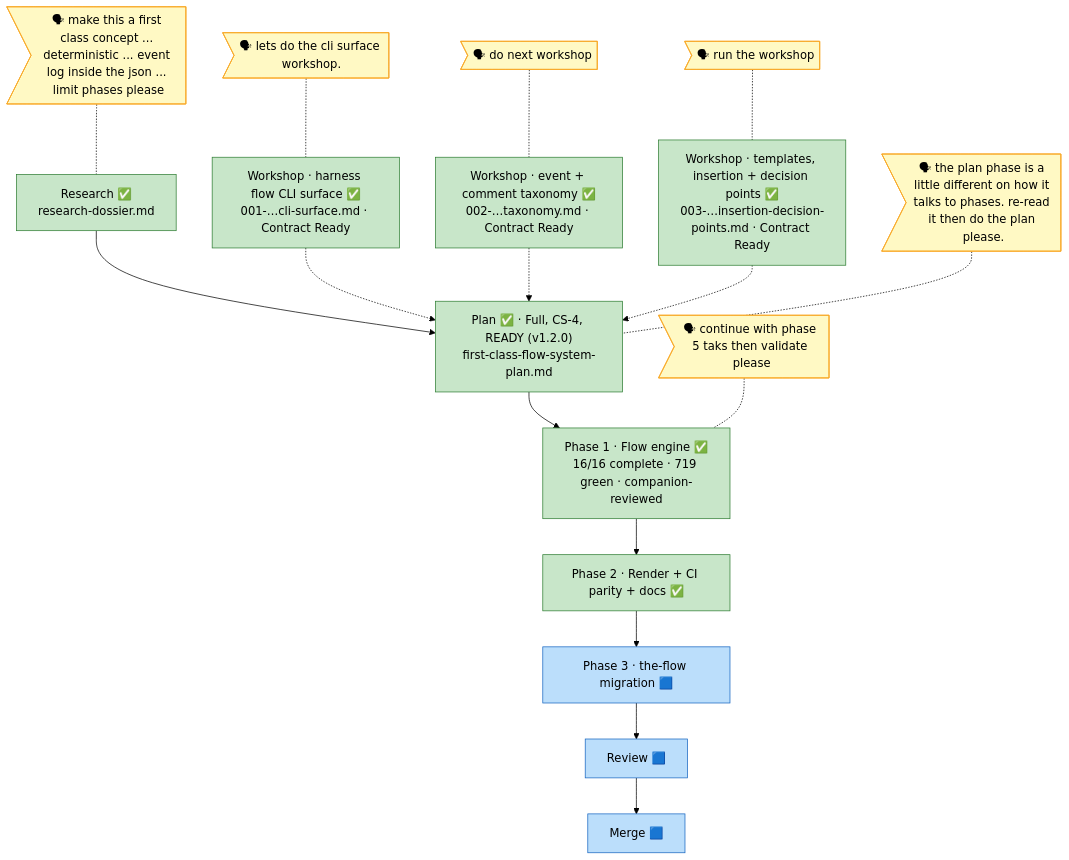
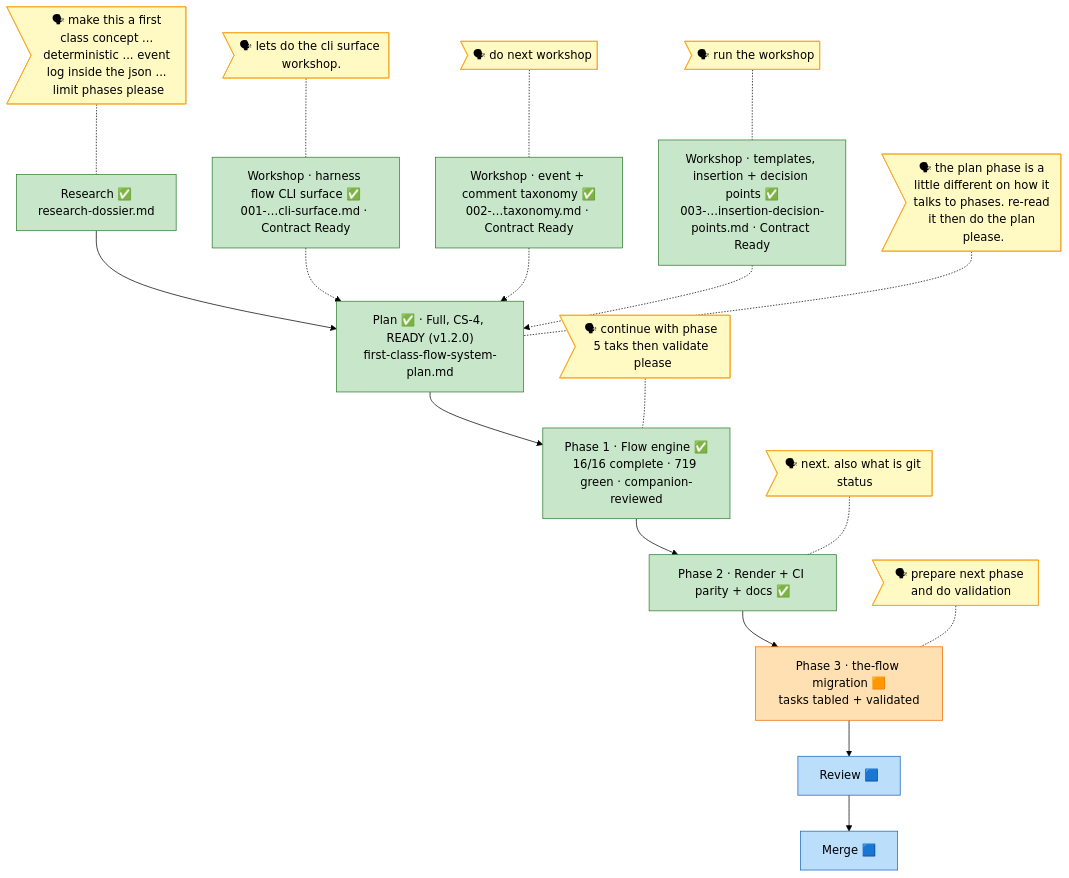
One commit to AI-Substrate/harness-engineering changed the diagram in docs/plans/024-first-class-flow-system/the-flow.md. Above: the diagram before and after it, drawn with Mermaid (forest theme). The commit also changed other lines of this file and 4 other files, not shown here.

First line of the commit message:
docs(024): Phase 3 the-flow migration — tasks dossier + execution log + flight-plan state

````diff
--- a/docs/plans/024-first-class-flow-system/the-flow.md
+++ b/docs/plans/024-first-class-flow-system/the-flow.md
@@ -6,46 +6,50 @@
 ```mermaid
 flowchart TD
     research["Research ✅<br/>research-dossier.md"]:::done
     plan["Plan ✅ · Full, CS-4, READY (v1.2.0)<br/>first-class-flow-system-plan.md"]:::done
     p1["Phase 1 · Flow engine ✅<br/>16/16 complete · 719 green · companion-reviewed"]:::done
     p2["Phase 2 · Render + CI parity + docs ✅"]:::done
-    p3["Phase 3 · the-flow migration 🟦"]:::known
+    p3["Phase 3 · the-flow migration 🟧<br/>tasks tabled + validated"]:::wip
     review["Review 🟦"]:::known
     merge["Merge 🟦"]:::known
 
     research --> plan
     plan --> p1
     p1 --> p2
     p2 --> p3
     p3 --> review
     review --> merge
 
     wsc["Workshop · harness flow CLI surface ✅<br/>001-…cli-surface.md · Contract Ready"]:::done
     wse["Workshop · event + comment taxonomy ✅<br/>002-…taxonomy.md · Contract Ready"]:::done
     wsi["Workshop · templates, insertion + decision points ✅<br/>003-…insertion-decision-points.md · Contract Ready"]:::done
     wsc -.-> plan
     wse -.-> plan
     wsi -.-> plan
 
     say_wsc>"🗣 lets do the cli surface workshop."]:::said
     say_wsc -.- wsc
     say_wse>"🗣 do next workshop"]:::said
     say_wse -.- wse
     say_wsi>"🗣 run the workshop"]:::said
     say_wsi -.- wsi
 
     say_r>"🗣 make this a first class concept ... deterministic ... event log inside the json ... limit phases please"]:::said
     say_r -.- research
     say_p>"🗣 the plan phase is a little different on how it talks to phases. re-read it then do the plan please."]:::said
     say_p -.- plan
     say_p1>"🗣 continue with phase 5 taks then validate please"]:::said
     say_p1 -.- p1
+    say_p2>"🗣 next. also what is git status"]:::said
+    say_p2 -.- p2
+    say_p3>"🗣 prepare next phase and do validation"]:::said
+    say_p3 -.- p3
 
     classDef done fill:#C8E6C9,stroke:#2E7D32;
     classDef wip fill:#FFE0B2,stroke:#EF6C00;
     classDef blocked fill:#FFCDD2,stroke:#C62828;
     classDef known fill:#BBDEFB,stroke:#1565C0;
     classDef assumed fill:#ECEFF1,stroke:#90A4AE,stroke-dasharray:5 3;
     classDef said fill:#FFF9C4,stroke:#F9A825;
     classDef harness fill:#EDE7F6,stroke:#673AB7;
 ```
````
